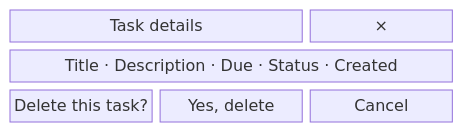
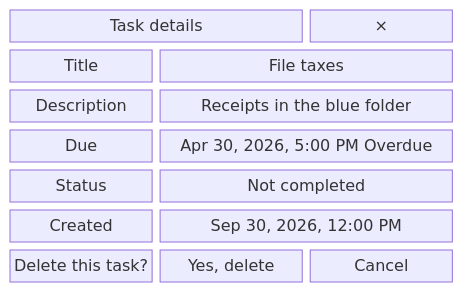
Before and after one commit to charlesmalo/FociToDo: diagram 12 of 15 in docs/ui.md, drawn with Mermaid. The commit also changed other lines of this file and 25 other files, not shown here.

First line of the commit message:
docs(diagrams): match the wireframes and diagrams to the current UI and API

````diff
--- a/docs/ui.md
+++ b/docs/ui.md
@@ -213,7 +238,11 @@
 ```mermaid
 block-beta
   columns 3
   heading["Task details"]:2 close["×"]
-  fields["Title · Description · Due · Status · Created"]:3
+  tl["Title"] tv["File taxes"]:2
+  dl["Description"] dv["Receipts in the blue folder"]:2
+  ul["Due"] uv["Apr 30, 2026, 5:00 PM Overdue"]:2
+  sl["Status"] sv["Not completed"]:2
+  cl["Created"] cv["Sep 30, 2026, 12:00 PM"]:2
   confirm["Delete this task?"] yes["Yes, delete"] cancel["Cancel"]
 ```
````
